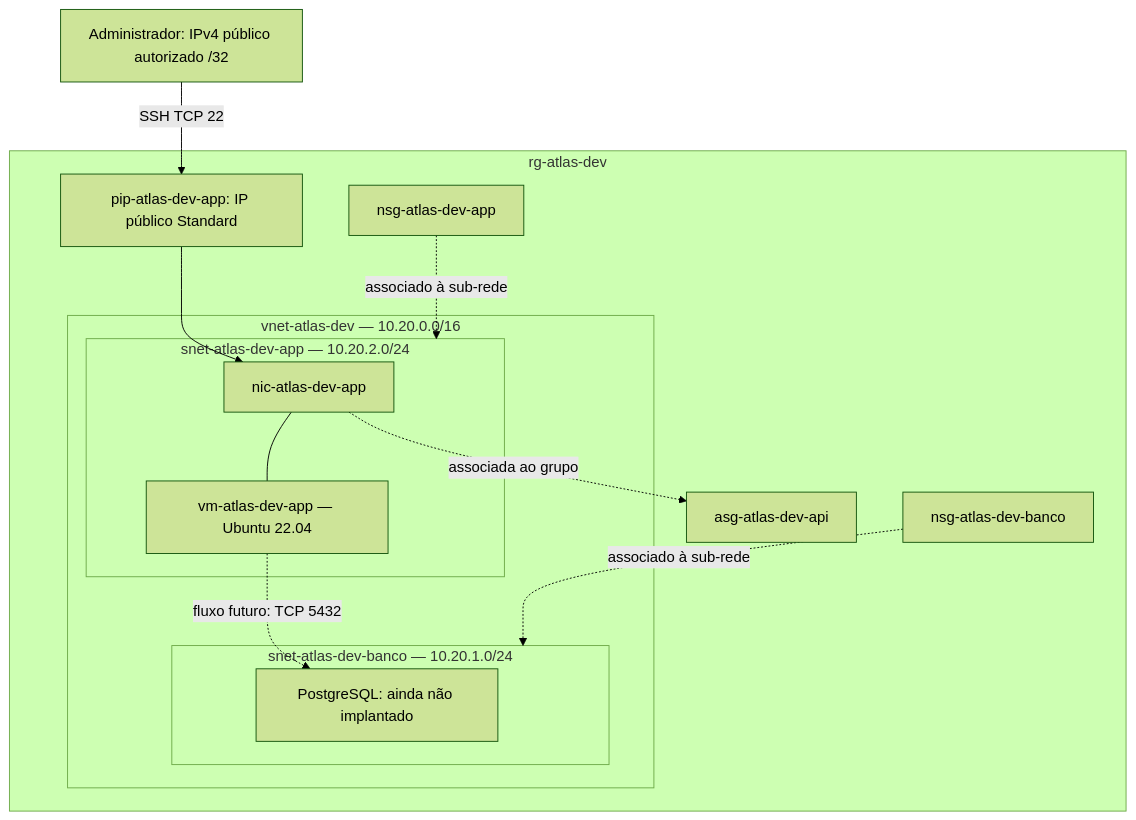
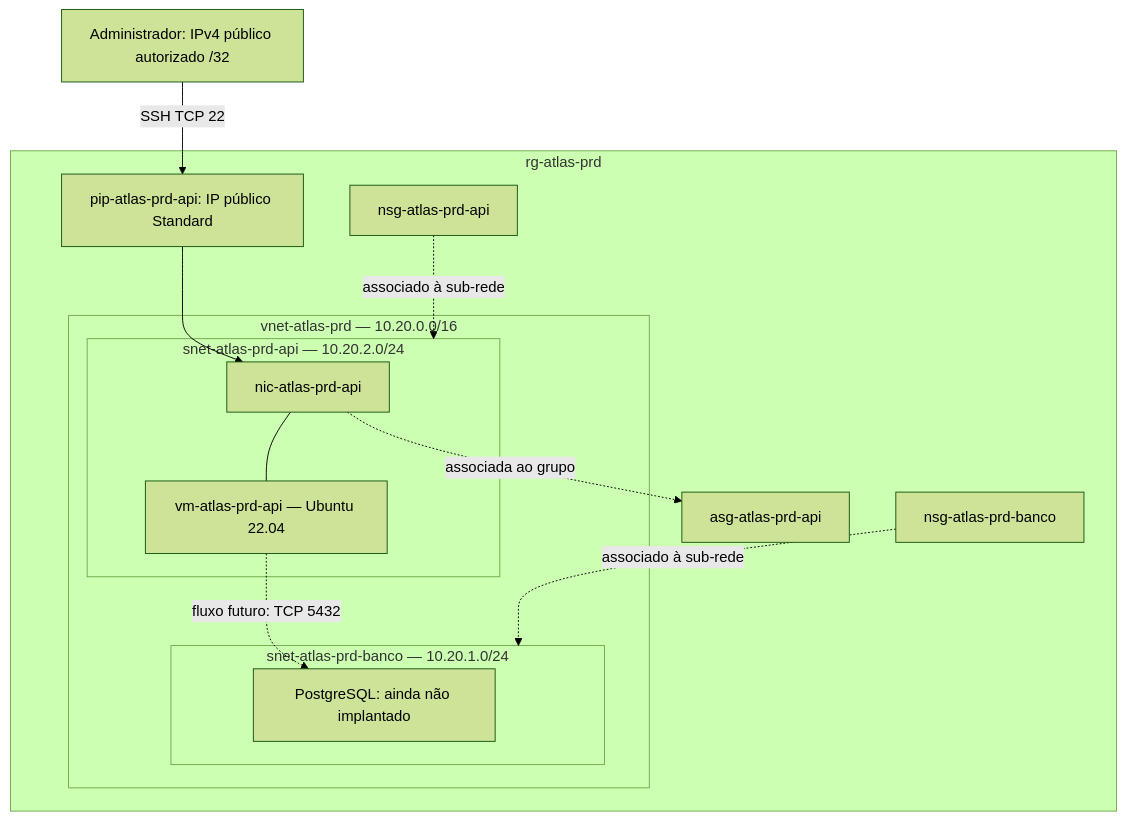
One commit to DevDanielAlbuquerque/atlas-terraform-azure changed the diagram in README.md. Above: the diagram before and after it, drawn with Mermaid (forest theme). The commit also changed other lines of this file, not shown here.

Commit message:
docs: documenta refatoração e implantação do PRD simulado

````diff
--- a/README.md
+++ b/README.md
@@ -29,26 +38,26 @@
 ```mermaid
 flowchart TD
     ADMIN["Administrador: IPv4 público autorizado /32"]
-    subgraph RG["rg-atlas-dev"]
-        PIP["pip-atlas-dev-app: IP público Standard"]
-        ASG["asg-atlas-dev-api"]
-        subgraph VNET["vnet-atlas-dev — 10.20.0.0/16"]
-            subgraph APP["snet-atlas-dev-app — 10.20.2.0/24"]
-                NIC["nic-atlas-dev-app"]
-                VM["vm-atlas-dev-app — Ubuntu 22.04"]
+    subgraph RG["rg-atlas-prd"]
+        PIP["pip-atlas-prd-api: IP público Standard"]
+        ASG["asg-atlas-prd-api"]
+        subgraph VNET["vnet-atlas-prd — 10.20.0.0/16"]
+            subgraph APP["snet-atlas-prd-api — 10.20.2.0/24"]
+                NIC["nic-atlas-prd-api"]
+                VM["vm-atlas-prd-api — Ubuntu 22.04"]
             end
-            subgraph DATA["snet-atlas-dev-banco — 10.20.1.0/24"]
+            subgraph DATA["snet-atlas-prd-banco — 10.20.1.0/24"]
                 FUTURO["PostgreSQL: ainda não implantado"]
             end
         end
-        NSGAPP["nsg-atlas-dev-app"]
-        NSGDB["nsg-atlas-dev-banco"]
+        NSGAPP["nsg-atlas-prd-api"]
+        NSGDB["nsg-atlas-prd-banco"]
     end
     ADMIN -->|"SSH TCP 22"| PIP
     PIP --> NIC
     NIC --- VM
     NIC -.->|"associada ao grupo"| ASG
     NSGAPP -.->|"associado à sub-rede"| APP
     NSGDB -.->|"associado à sub-rede"| DATA
     VM -.->|"fluxo futuro: TCP 5432"| FUTURO
 ```
````
